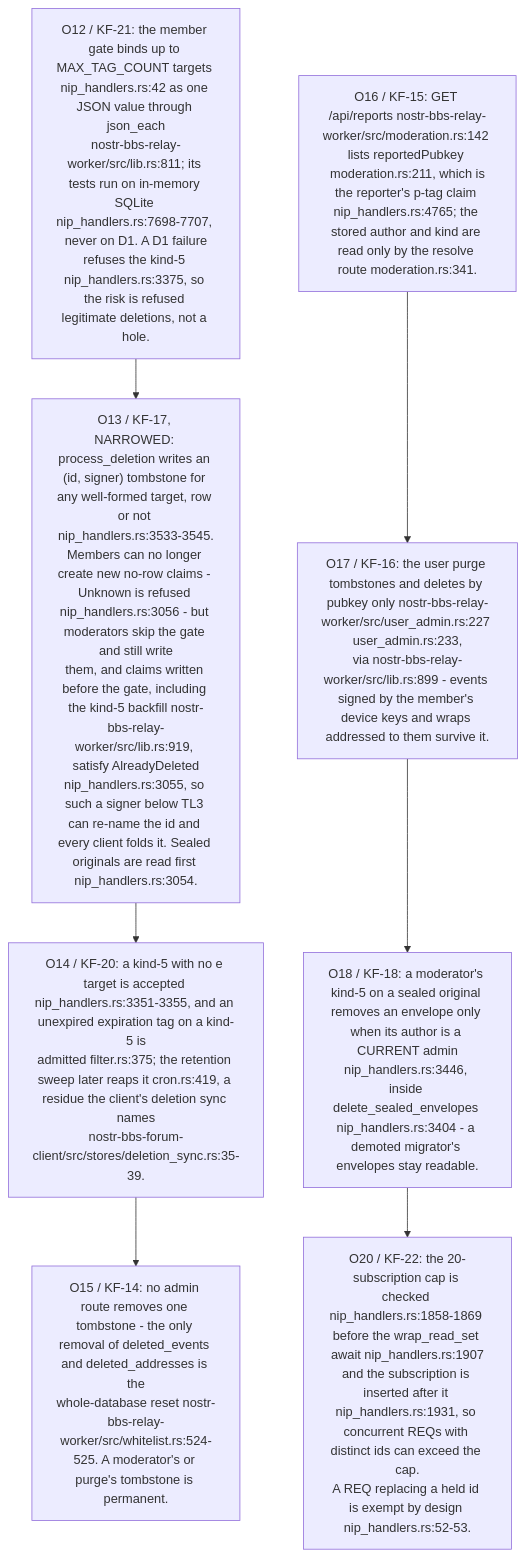
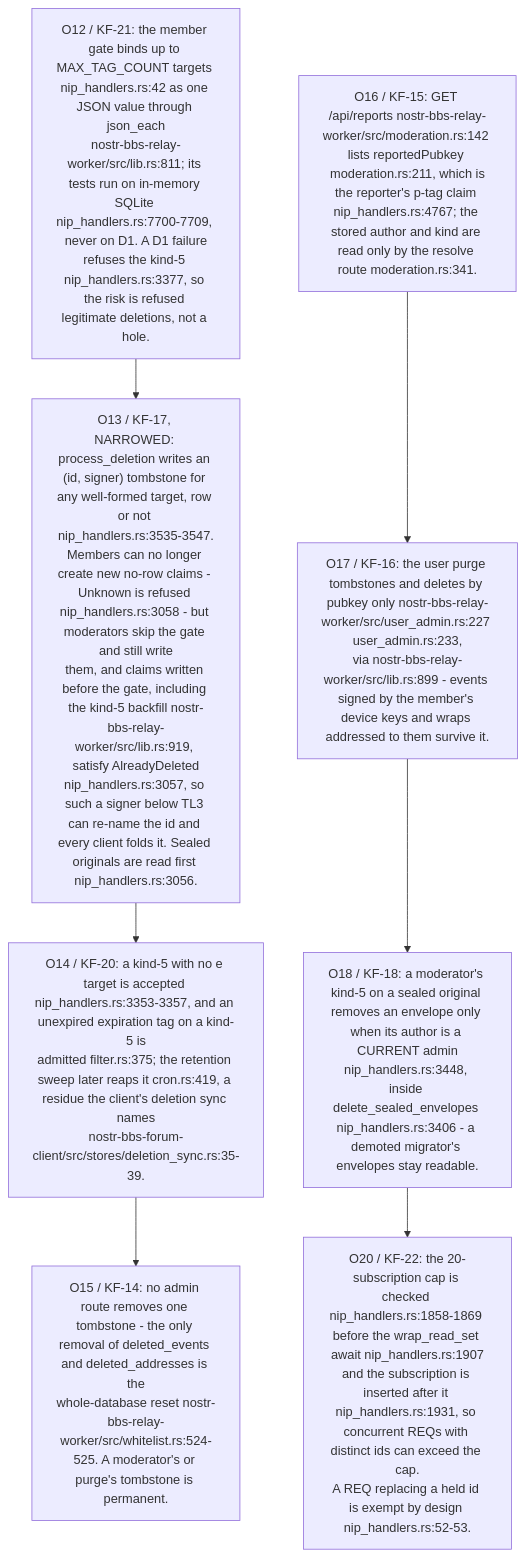
Diagram 12 of 15 in docs/diagrams/nostr-rust-forum/10-invariants-and-anomaly-register.md (DreamLab-AI/VisionFlow), drawn with Mermaid before and after one commit. The commit also changed other lines of this file and 11 other files, not shown here.

````diff
--- a/docs/diagrams/nostr-rust-forum/10-invariants-and-anomaly-register.md
+++ b/docs/diagrams/nostr-rust-forum/10-invariants-and-anomaly-register.md
@@ -317,13 +317,13 @@
 ```mermaid
 flowchart TB
-    O12["O12 / KF-21: the member gate binds up to MAX_TAG_COUNT targets nip_handlers.rs:42 as one JSON value through json_each<br/>nostr-bbs-relay-worker/src/lib.rs:811; its tests run on in-memory SQLite nip_handlers.rs:7698-7707, never on D1. A D1 failure<br/>refuses the kind-5 nip_handlers.rs:3375, so the risk is refused legitimate deletions, not a hole."]
-    O13["O13 / KF-17, NARROWED: process_deletion writes an (id, signer) tombstone for any well-formed target, row or not nip_handlers.rs:3533-3545.<br/>Members can no longer create new no-row claims - Unknown is refused nip_handlers.rs:3056 - but moderators skip the gate and still write<br/>them, and claims written before the gate, including the kind-5 backfill nostr-bbs-relay-worker/src/lib.rs:919, satisfy AlreadyDeleted<br/>nip_handlers.rs:3055, so such a signer below TL3 can re-name the id and every client folds it. Sealed originals are read first nip_handlers.rs:3054."]
-    O14["O14 / KF-20: a kind-5 with no e target is accepted nip_handlers.rs:3351-3355, and an unexpired expiration tag on a kind-5 is<br/>admitted filter.rs:375; the retention sweep later reaps it cron.rs:419, a residue the client's deletion sync names<br/>nostr-bbs-forum-client/src/stores/deletion_sync.rs:35-39."]
+    O12["O12 / KF-21: the member gate binds up to MAX_TAG_COUNT targets nip_handlers.rs:42 as one JSON value through json_each<br/>nostr-bbs-relay-worker/src/lib.rs:811; its tests run on in-memory SQLite nip_handlers.rs:7700-7709, never on D1. A D1 failure<br/>refuses the kind-5 nip_handlers.rs:3377, so the risk is refused legitimate deletions, not a hole."]
+    O13["O13 / KF-17, NARROWED: process_deletion writes an (id, signer) tombstone for any well-formed target, row or not nip_handlers.rs:3535-3547.<br/>Members can no longer create new no-row claims - Unknown is refused nip_handlers.rs:3058 - but moderators skip the gate and still write<br/>them, and claims written before the gate, including the kind-5 backfill nostr-bbs-relay-worker/src/lib.rs:919, satisfy AlreadyDeleted<br/>nip_handlers.rs:3057, so such a signer below TL3 can re-name the id and every client folds it. Sealed originals are read first nip_handlers.rs:3056."]
+    O14["O14 / KF-20: a kind-5 with no e target is accepted nip_handlers.rs:3353-3357, and an unexpired expiration tag on a kind-5 is<br/>admitted filter.rs:375; the retention sweep later reaps it cron.rs:419, a residue the client's deletion sync names<br/>nostr-bbs-forum-client/src/stores/deletion_sync.rs:35-39."]
     O15["O15 / KF-14: no admin route removes one tombstone - the only removal of deleted_events and deleted_addresses is the<br/>whole-database reset nostr-bbs-relay-worker/src/whitelist.rs:524-525. A moderator's or purge's tombstone is permanent."]
-    O16["O16 / KF-15: GET /api/reports nostr-bbs-relay-worker/src/moderation.rs:142 lists reportedPubkey moderation.rs:211, which is<br/>the reporter's p-tag claim nip_handlers.rs:4765; the stored author and kind are read only by the resolve route moderation.rs:341."]
+    O16["O16 / KF-15: GET /api/reports nostr-bbs-relay-worker/src/moderation.rs:142 lists reportedPubkey moderation.rs:211, which is<br/>the reporter's p-tag claim nip_handlers.rs:4767; the stored author and kind are read only by the resolve route moderation.rs:341."]
     O17["O17 / KF-16: the user purge tombstones and deletes by pubkey only nostr-bbs-relay-worker/src/user_admin.rs:227 user_admin.rs:233,<br/>via nostr-bbs-relay-worker/src/lib.rs:899 - events signed by the member's device keys and wraps addressed to them survive it."]
-    O18["O18 / KF-18: a moderator's kind-5 on a sealed original removes an envelope only when its author is a CURRENT admin<br/>nip_handlers.rs:3446, inside delete_sealed_envelopes nip_handlers.rs:3404 - a demoted migrator's envelopes stay readable."]
+    O18["O18 / KF-18: a moderator's kind-5 on a sealed original removes an envelope only when its author is a CURRENT admin<br/>nip_handlers.rs:3448, inside delete_sealed_envelopes nip_handlers.rs:3406 - a demoted migrator's envelopes stay readable."]
     O20["O20 / KF-22: the 20-subscription cap is checked nip_handlers.rs:1858-1869 before the wrap_read_set await nip_handlers.rs:1907<br/>and the subscription is inserted after it nip_handlers.rs:1931, so concurrent REQs with distinct ids can exceed the cap.<br/>A REQ replacing a held id is exempt by design nip_handlers.rs:52-53."]
     O12 --> O13 --> O14 --> O15
     O16 --> O17 --> O18 --> O20
 ```
````
